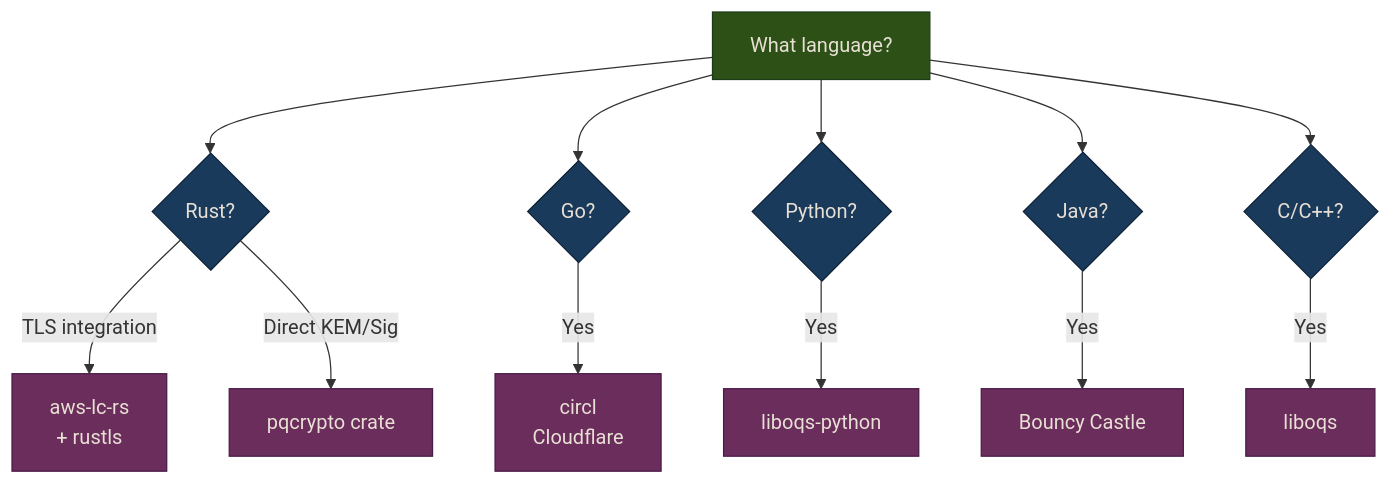
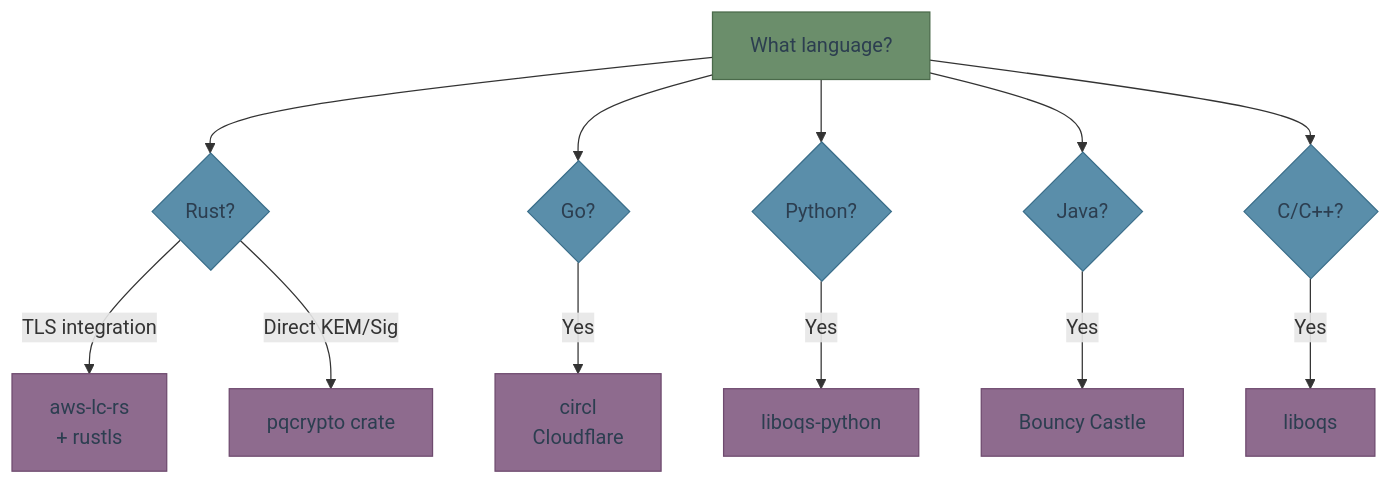
One commit to MichaelTien8901/pqc-engineering-guide changed the second of 2 diagrams in 05-libraries-and-tools.md. Above: the diagram before and after it, drawn with Mermaid. The commit also changed other lines of this file and 8 other files, not shown here.

First line of the commit message:
Fix Mermaid paper-like styling matching reference project

````diff
--- a/05-libraries-and-tools.md
+++ b/05-libraries-and-tools.md
@@ -190,26 +190,26 @@
 ```mermaid
 flowchart TD
     START[What language?] --> RUST{Rust?}
     RUST -->|TLS integration| AWSLC[aws-lc-rs<br/>+ rustls]
     RUST -->|Direct KEM/Sig| PQCR[pqcrypto crate]
 
     START --> GOLANG{Go?}
     GOLANG -->|Yes| CIRCL[circl<br/>Cloudflare]
 
     START --> PYTHON{Python?}
     PYTHON -->|Yes| LIBOQSPY[liboqs-python]
 
     START --> JAVAQ{Java?}
     JAVAQ -->|Yes| BC[Bouncy Castle]
 
     START --> CPPQ{C/C++?}
     CPPQ -->|Yes| LIBOQS[liboqs]
 
-    classDef start fill:#2d5016,stroke:#1a3a1a,color:#e8e0d4
-    classDef lang fill:#1a3a5c,stroke:#0d2137,color:#e8e0d4
-    classDef lib fill:#6b2d5b,stroke:#4a1a4a,color:#e8e0d4
+    classDef start fill:#6b8e6b,stroke:#4a6a4a,color:#2c3e50
+    classDef lang fill:#5a8eaa,stroke:#3a6e8a,color:#2c3e50
+    classDef lib fill:#8e6b8e,stroke:#6e4a6e,color:#2c3e50
 
     class START start
     class RUST,GOLANG,PYTHON,JAVAQ,CPPQ lang
     class AWSLC,PQCR,CIRCL,LIBOQSPY,BC,LIBOQS lib
 ```
````
